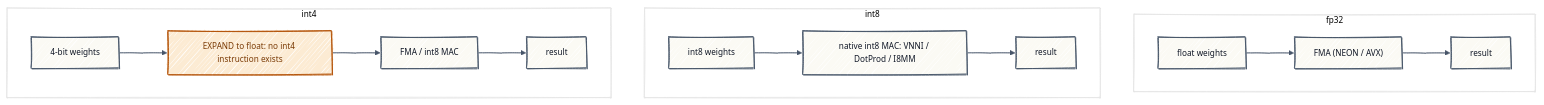
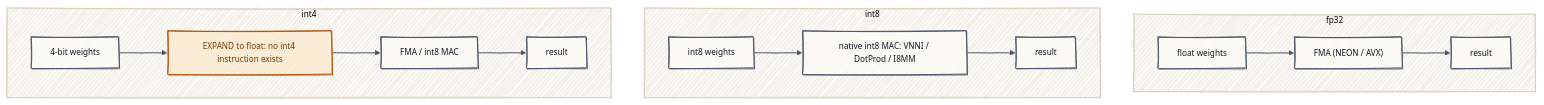
The third of 4 diagrams in _posts/2026-07-28-int4-quantization-bigger-than-int8.md (abhisheksharma026/abhisheksharma026.github.io), drawn with Mermaid before and after one commit. The commit also changed other lines of this file, not shown here.

Commit message:
Render post diagrams hand-drawn with light shading; fix per-diagram ids and clipping

````diff
--- a/_posts/2026-07-28-int4-quantization-bigger-than-int8.md
+++ b/_posts/2026-07-28-int4-quantization-bigger-than-int8.md
@@ -321,19 +321,19 @@
 ```mermaid
-%%{init: {'look':'handDrawn','theme':'base','themeVariables':{'primaryColor':'#ffffff','primaryTextColor':'#1f2937','primaryBorderColor':'#334155','lineColor':'#475569','fontFamily':'ui-sans-serif, system-ui, sans-serif','fontSize':'13px'}}}%%
+%%{init: {'look':'handDrawn','theme':'base','themeVariables':{'primaryColor':'#ffffff','mainBkg':'#fbfaf4','clusterBkg':'#f4f1ea','clusterBorder':'#d8d1bd','primaryTextColor':'#1f2937','primaryBorderColor':'#334155','lineColor':'#475569','fontFamily':'ui-sans-serif, system-ui, sans-serif','fontSize':'13px'}}}%%
 flowchart TB
   subgraph FP["fp32"]
     direction LR
     A1["float weights"] --> A2["FMA (NEON / AVX)"] --> A3["result"]
   end
   subgraph I8["int8"]
     direction LR
     B1["int8 weights"] --> B2["native int8 MAC: VNNI / DotProd / I8MM"] --> B3["result"]
   end
   subgraph I4["int4"]
     direction LR
     C1["4-bit weights"] --> C2["EXPAND to float: no int4 instruction exists"] --> C3["FMA / int8 MAC"] --> C4["result"]
   end
   classDef default fill:#FBFAF4,stroke:#475569,stroke-width:1.5px,color:#111827;
   classDef extra fill:#FCEBD3,stroke:#B45309,color:#7A3B06;
   class C2 extra
 ```
````
